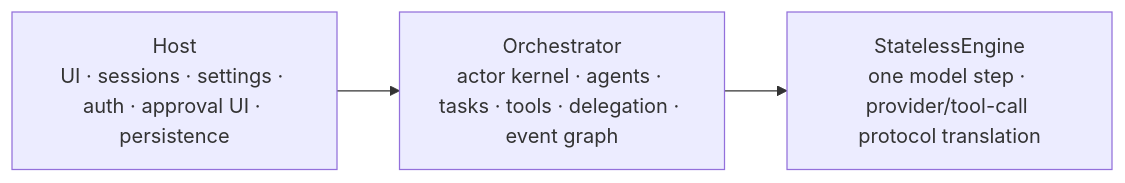
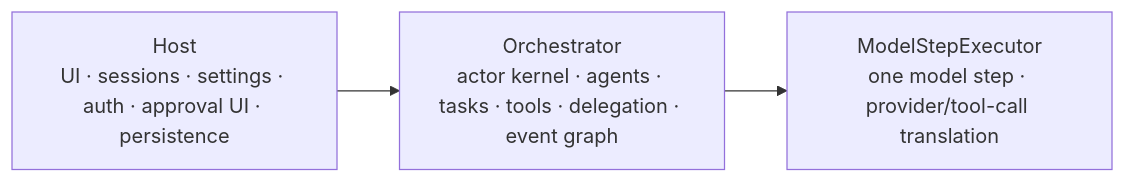
One commit to biuld/piko changed the first of 2 diagrams in packages/orchestrator/docs/architecture.md. Above: the diagram before and after it, drawn with Mermaid. The commit also changed other lines of this file and 29 other files, not shown here.

First line of the commit message:
docs: clean up outdated docs, update README and package docs to match current architecture

````diff
--- a/packages/orchestrator/docs/architecture.md
+++ b/packages/orchestrator/docs/architecture.md
@@ -6,8 +6,8 @@
 ```mermaid
 flowchart LR
-  Host[Host<br/>UI · sessions · settings · auth · approval UI · persistence]
-  Orchestrator[Orchestrator<br/>actor kernel · agents · tasks · tools · delegation · event graph]
-  Engine[StatelessEngine<br/>one model step · provider/tool-call protocol translation]
+  Host["Host<br/>UI · sessions · settings · auth · approval UI · persistence"]
+  Orchestrator["Orchestrator<br/>actor kernel · agents · tasks · tools · delegation · event graph"]
+  Executor["ModelStepExecutor<br/>one model step · provider/tool-call translation"]
 
-  Host --> Orchestrator --> Engine
+  Host --> Orchestrator --> Executor
 ```
````
